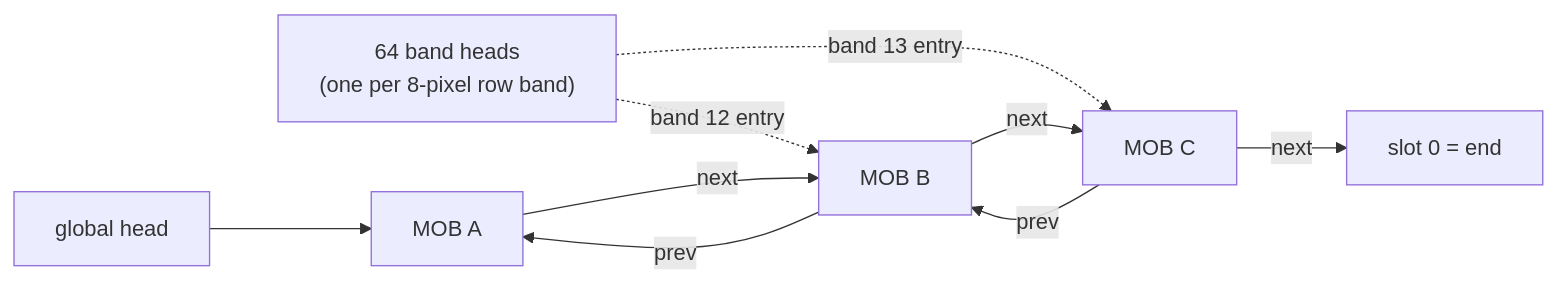
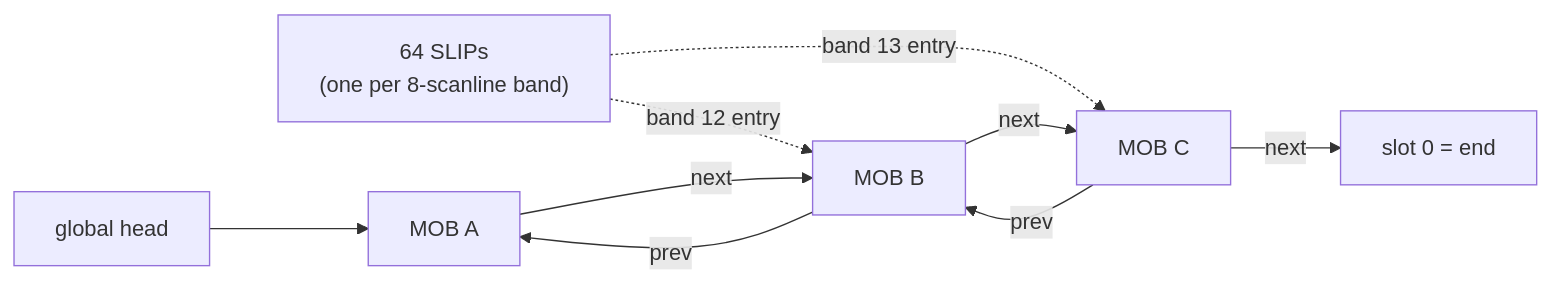
One commit to alinsavix/gauntlet-gamerom-ai-reveng changed the diagram in book/08_world_in_memory.md. Above: the diagram before and after it, drawn with Mermaid. The commit also changed other lines of this file and 5 other files, not shown here.

````diff
--- a/book/08_world_in_memory.md
+++ b/book/08_world_in_memory.md
@@ -134,11 +141,11 @@
 ```mermaid
 flowchart LR
     ghead["global head"] --> A["MOB A"]
-    bands["64 band heads<br/>(one per 8-pixel row band)"] -. "band 12 entry" .-> B
-    bands -. "band 13 entry" .-> C
+    slips["64 SLIPs<br/>(one per 8-scanline band)"] -. "band 12 entry" .-> B
+    slips -. "band 13 entry" .-> C
     A -- "next" --> B["MOB B"]
     B -- "next" --> C["MOB C"]
     C -- "next" --> nul["slot 0 = end"]
     C -- "prev" --> B
     B -- "prev" --> A
 ```
````
